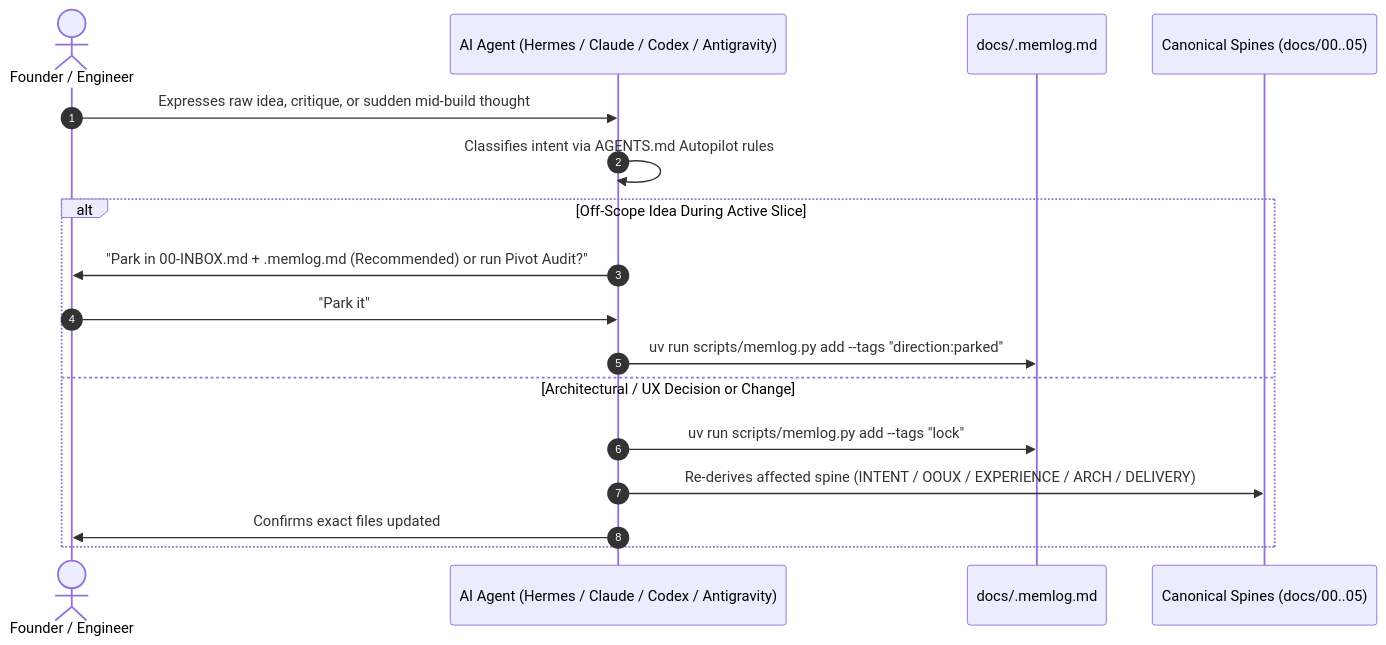
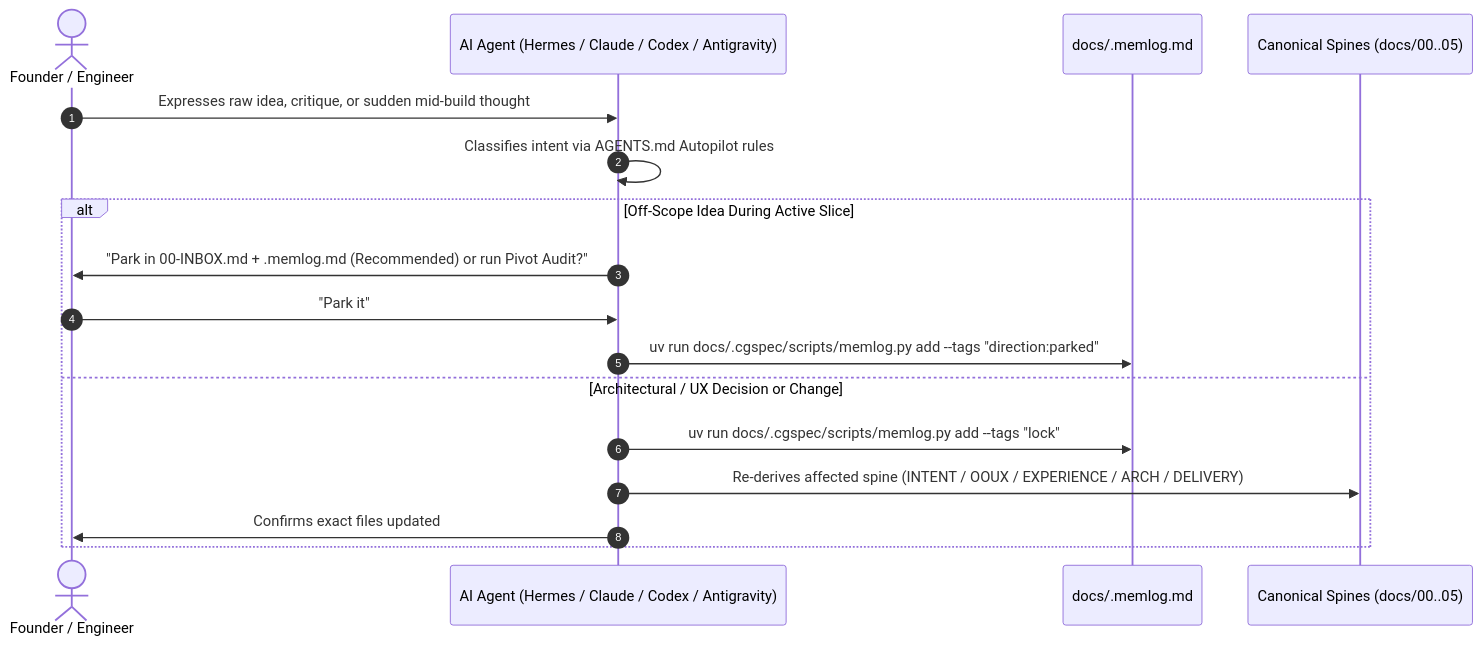
One commit to BeOjefe/cgspec changed the diagram in docs/01-INTENT.md. Above: the diagram before and after it, drawn with Mermaid. The commit also changed other lines of this file and 45 other files, not shown here.

````diff
--- a/docs/01-INTENT.md
+++ b/docs/01-INTENT.md
@@ -36,20 +36,20 @@
 ```mermaid
 sequenceDiagram
     autonumber
     actor Human as Founder / Engineer
     participant Agent as AI Agent (Hermes / Claude / Codex / Antigravity)
     participant Memlog as docs/.memlog.md
     participant Spines as Canonical Spines (docs/00..05)
 
     Human->>Agent: Expresses raw idea, critique, or sudden mid-build thought
     Agent->>Agent: Classifies intent via AGENTS.md Autopilot rules
     alt Off-Scope Idea During Active Slice
         Agent->>Human: "Park in 00-INBOX.md + .memlog.md (Recommended) or run Pivot Audit?"
         Human->>Agent: "Park it"
-        Agent->>Memlog: uv run scripts/memlog.py add --tags "direction:parked"
+        Agent->>Memlog: uv run docs/.cgspec/scripts/memlog.py add --tags "direction:parked"
     else Architectural / UX Decision or Change
-        Agent->>Memlog: uv run scripts/memlog.py add --tags "lock"
+        Agent->>Memlog: uv run docs/.cgspec/scripts/memlog.py add --tags "lock"
         Agent->>Spines: Re-derives affected spine (INTENT / OOUX / EXPERIENCE / ARCH / DELIVERY)
         Agent->>Human: Confirms exact files updated
     end
 ```
````
